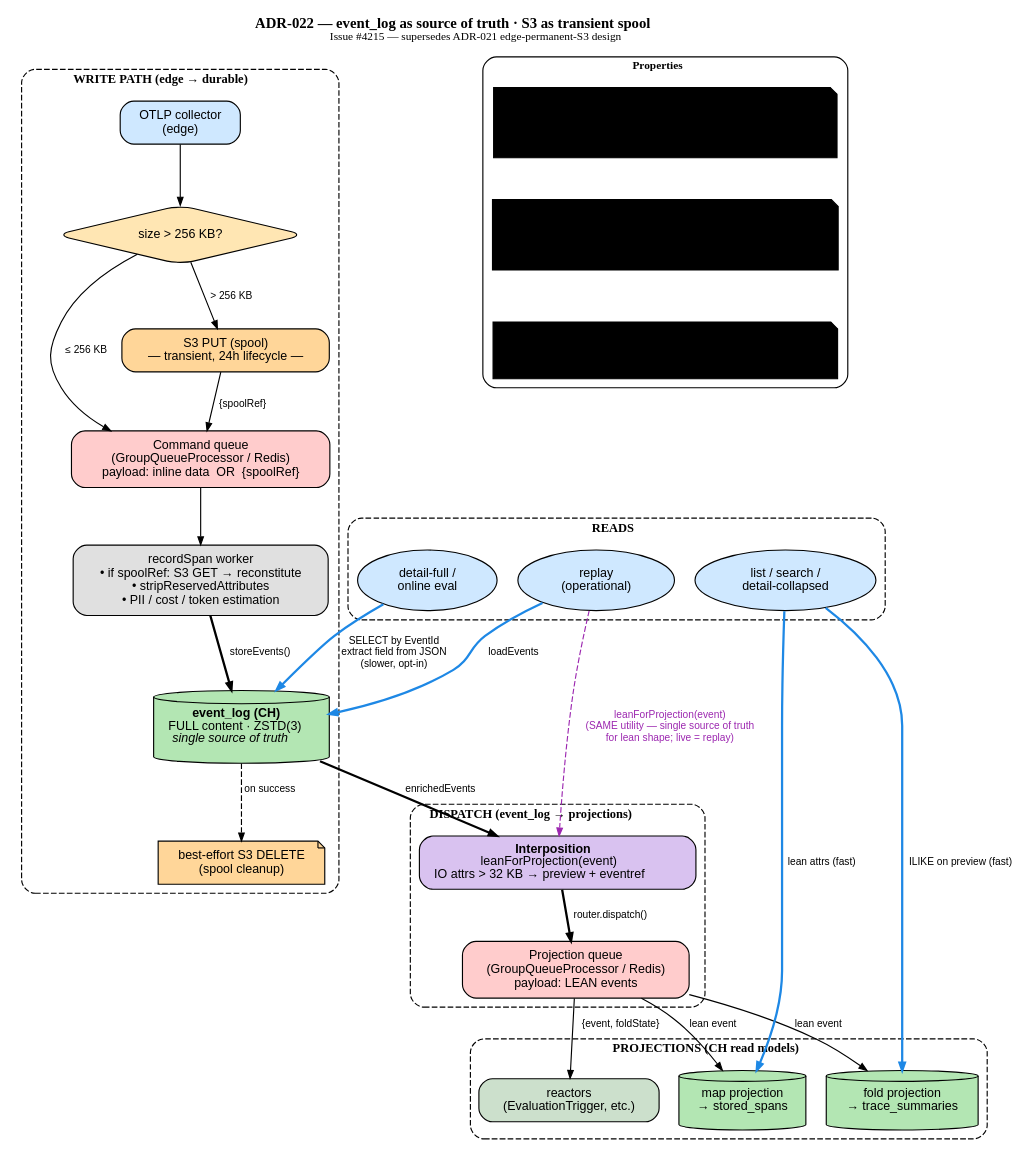
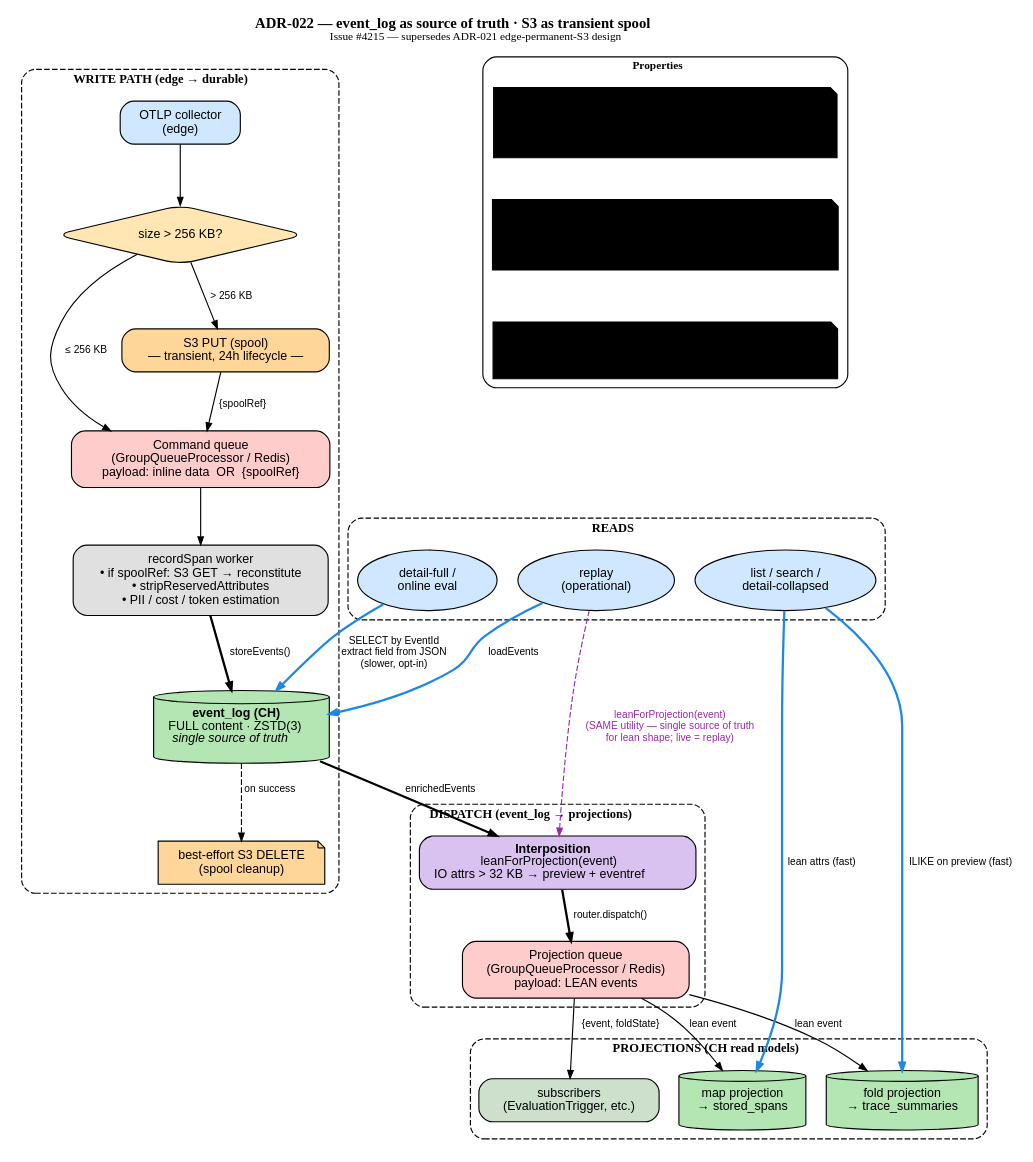
Before and after one commit to langwatch/langwatch: the diagram in specs/event-sourcing/assets/large-trace-blob-offload-dataflow-v2.dot, drawn with Graphviz. The commit also changed 82 other files, not shown here.

```diff
--- a/specs/event-sourcing/assets/large-trace-blob-offload-dataflow-v2.dot
+++ b/specs/event-sourcing/assets/large-trace-blob-offload-dataflow-v2.dot
@@ -1,102 +1,102 @@
 digraph G {
   rankdir=TB;
   bgcolor="white";
   node [fontname="Helvetica", fontsize=11, shape=box, style="filled,rounded", margin="0.18,0.10"];
   edge [fontname="Helvetica", fontsize=9, color="#333", arrowsize=0.7];
 
   labelloc=t;
   label=<<B>ADR-022 — event_log as source of truth · S3 as transient spool</B><BR/><FONT POINT-SIZE="10">Issue #4215 — supersedes ADR-021 edge-permanent-S3 design</FONT>>;
   fontsize=13;
 
   // ============== WRITE PATH ==============
   subgraph cluster_write {
     label=<<B>WRITE PATH (edge → durable)</B>>;
     style="rounded,dashed";
     color="#888";
     fontsize=11;
 
     edge_in [label="OTLP collector\n(edge)", fillcolor="#cfe8ff"];
     size_check [label="size > 256 KB?", shape=diamond, fillcolor="#ffe6b3", height=0.4];
     spool_put [label="S3 PUT (spool)\n— transient, 24h lifecycle —", fillcolor="#ffd699"];
 
     cmd_queue [label="Command queue\n(GroupQueueProcessor / Redis)\npayload: inline data  OR  {spoolRef}", fillcolor="#ffcccc"];
 
     worker [label="recordSpan worker\n• if spoolRef: S3 GET → reconstitute\n• stripReservedAttributes\n• PII / cost / token estimation", fillcolor="#e0e0e0"];
 
     event_log [label=< <B>event_log (CH)</B><BR/>FULL content · ZSTD(3)<BR/><I>single source of truth</I> >, fillcolor="#b3e6b3", shape=cylinder, height=0.6];
 
     spool_delete [label="best-effort S3 DELETE\n(spool cleanup)", fillcolor="#ffd699", shape=note];
 
     edge_in -> size_check;
     size_check -> cmd_queue [label="≤ 256 KB"];
     size_check -> spool_put [label="> 256 KB"];
     spool_put -> cmd_queue [label="{spoolRef}"];
     cmd_queue -> worker;
     worker -> event_log [label="storeEvents()", penwidth=2];
     event_log -> spool_delete [label="on success", style=dashed, color="#999"];
   }
 
   // ============== INTERPOSITION + DISPATCH ==============
   subgraph cluster_dispatch {
     label=<<B>DISPATCH (event_log → projections)</B>>;
     style="rounded,dashed";
     color="#888";
     fontsize=11;
 
     interpose [label=< <B>Interposition</B><BR/>leanForProjection(event)<BR/>IO attrs &gt; 32 KB → preview + eventref >, fillcolor="#d9c2f0"];
     proj_queue [label="Projection queue\n(GroupQueueProcessor / Redis)\npayload: LEAN events", fillcolor="#ffcccc"];
 
     interpose -> proj_queue [label="router.dispatch()", penwidth=2];
   }
 
   event_log -> interpose [label="enrichedEvents", penwidth=2];
 
   // ============== PROJECTIONS (CH read models) ==============
   subgraph cluster_proj {
     label=<<B>PROJECTIONS (CH read models)</B>>;
     style="rounded,dashed";
     color="#888";
     fontsize=11;
 
     fold_p [label="fold projection\n→ trace_summaries", fillcolor="#b3e6b3", shape=cylinder, height=0.5];
     map_p [label="map projection\n→ stored_spans", fillcolor="#b3e6b3", shape=cylinder, height=0.5];
-    reactors [label="reactors\n(EvaluationTrigger, etc.)", fillcolor="#cce0cc"];
+    subscribers [label="subscribers\n(EvaluationTrigger, etc.)", fillcolor="#cce0cc"];
   }
 
   proj_queue -> fold_p [label="lean event"];
   proj_queue -> map_p [label="lean event"];
-  proj_queue -> reactors [label="{event, foldState}"];
+  proj_queue -> subscribers [label="{event, foldState}"];
 
   // ============== READS ==============
   subgraph cluster_reads {
     label=<<B>READS</B>>;
     style="rounded,dashed";
     color="#888";
     fontsize=11;
 
     user_list [label="list / search /\ndetail-collapsed", fillcolor="#cfe8ff", shape=oval];
     user_full [label="detail-full /\nonline eval", fillcolor="#cfe8ff", shape=oval];
     replay_node [label="replay\n(operational)", fillcolor="#cfe8ff", shape=oval];
   }
 
   user_list -> fold_p [label="ILIKE on preview (fast)", color="#1e88e5", style=bold];
   user_list -> map_p [label="lean attrs (fast)", color="#1e88e5", style=bold];
   user_full -> event_log [label="SELECT by EventId\nextract field from JSON\n(slower, opt-in)", color="#1e88e5", style=bold];
   replay_node -> event_log [label="loadEvents", color="#1e88e5", style=bold];
   replay_node -> interpose [label="leanForProjection(event)\n(SAME utility — single source of truth\nfor lean shape; live = replay)", color="#9c27b0", style=dashed, fontcolor="#9c27b0"];
 
   // ============== LEGEND ==============
   subgraph cluster_legend {
     label=<<B>Properties</B>>;
     style="rounded";
     fontsize=10;
     color="#666";
 
     note_durable [label="event_log is the single source of truth.\nFull content lives there, ZSTD-compressed.\nS3 holds only transient spools (delete on success,\n24h lifecycle safety net).", fillcolor="#eef", shape=note];
     note_lean [label="leanForProjection() is the ONE place where\nlean shape is defined. Live ingestion and replay\nBOTH apply it before invoking projection handlers,\nso projection state is path-independent.", fillcolor="#eef", shape=note];
     note_search [label="Search & list use the preview in projections (fast).\nFull-content search requires a JOIN to event_log\n(slower, opt-in).", fillcolor="#eef", shape=note];
 
     note_durable -> note_lean [style=invis];
     note_lean -> note_search [style=invis];
   }
 }
```
